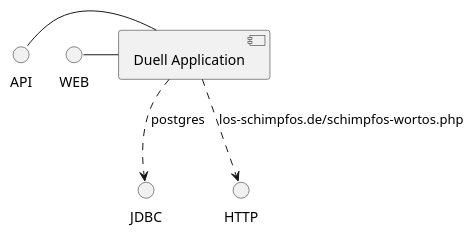
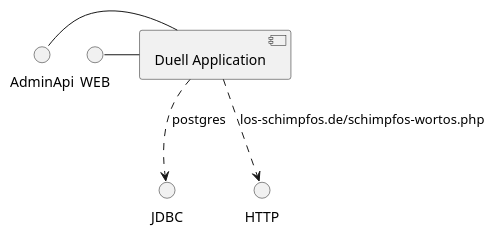
The diagram in README.adoc (atomfrede/javaland-2022-karate-workshop), drawn with PlantUML before and after one commit. The commit also changed other lines of this file and 1 other file, not shown here.

```diff
--- a/README.adoc
+++ b/README.adoc
@@ -34,7 +39,7 @@
 [plantuml, target=diagram-classes, format=png]
 ----
-API - [Duell Application]
+AdminApi - [Duell Application]
 WEB - [Duell Application]
 [Duell Application] ..> JDBC : postgres
 [Duell Application] ..> HTTP : los-schimpfos.de/schimpfos-wortos.php
 ----
```
